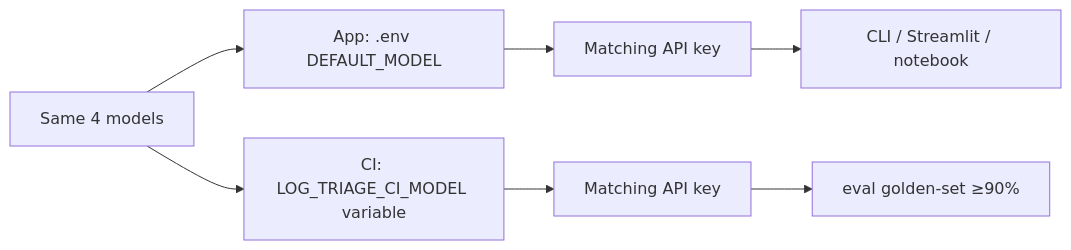
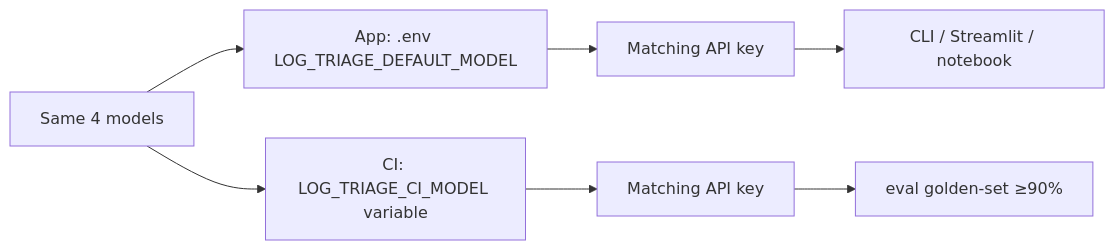
One commit to KhwajaMKhan/llm-log-triage changed the diagram in README.md. Above: the diagram before and after it, drawn with Mermaid. The commit also changed other lines of this file, not shown here.

````diff
--- a/README.md
+++ b/README.md
@@ -50,9 +75,9 @@
 ```mermaid
 flowchart LR
-  Four[Same 4 models] --> App[App: .env DEFAULT_MODEL]
+  Four[Same 4 models] --> App[App: .env LOG_TRIAGE_DEFAULT_MODEL]
   Four --> CI[CI: LOG_TRIAGE_CI_MODEL variable]
   App --> Key1[Matching API key]
   CI --> Key2[Matching API key]
   Key1 --> Run[CLI / Streamlit / notebook]
   Key2 --> Gate[eval golden-set ≥90%]
 ```
````
